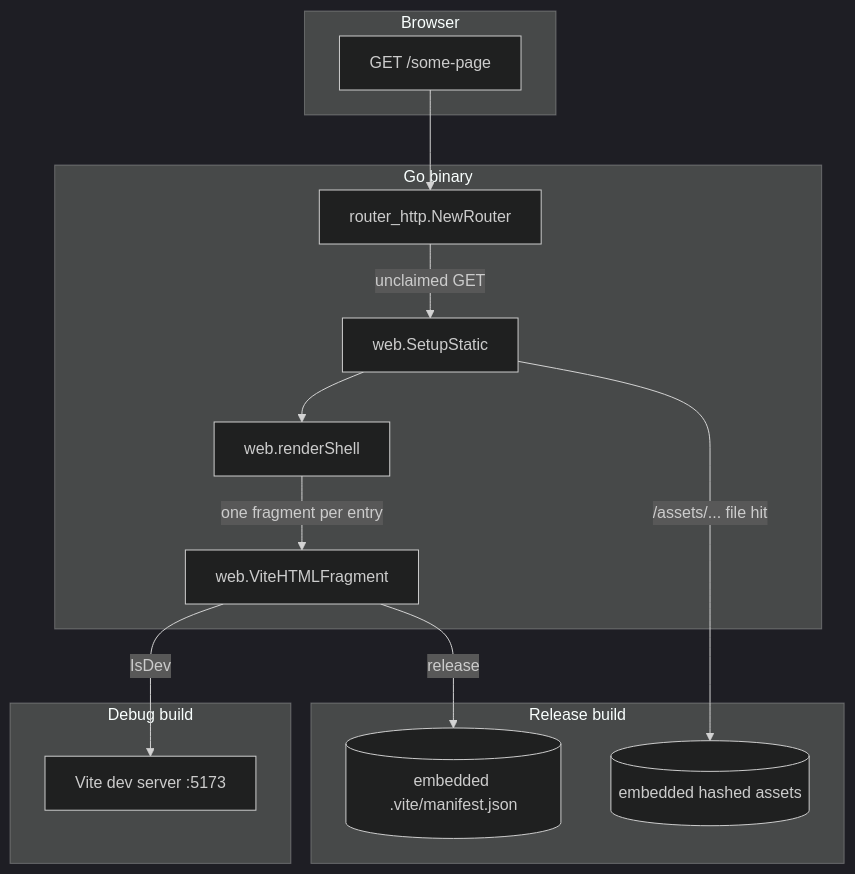
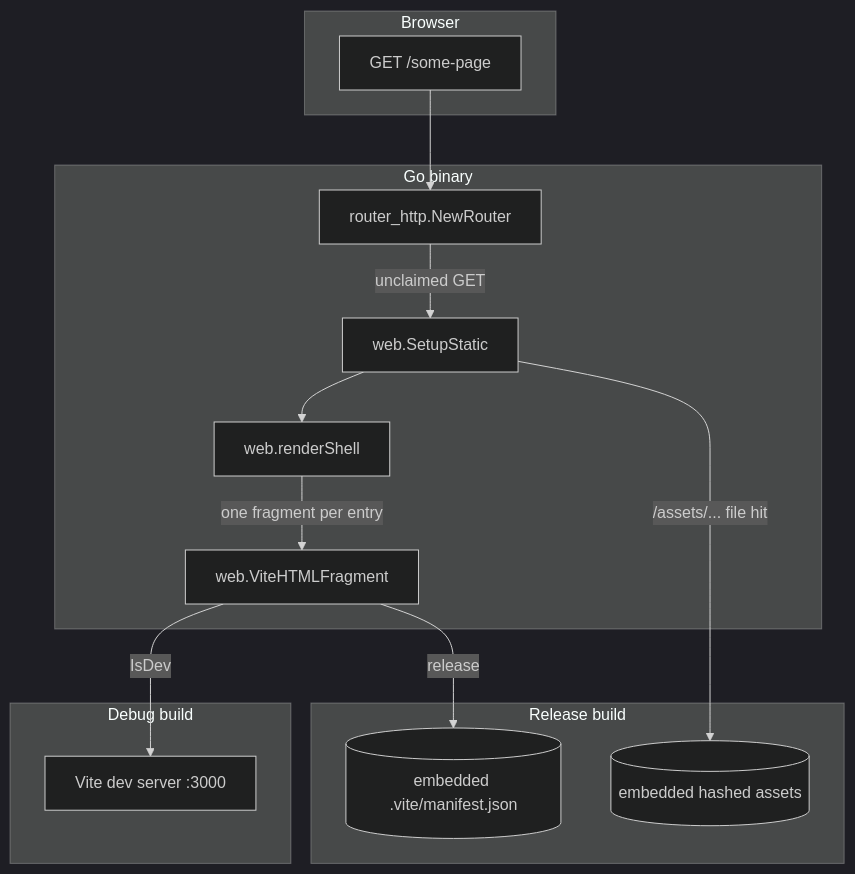
One commit to riipandi/saka changed the diagram in web/README.md. Above: the diagram before and after it, drawn with Mermaid (dark theme). The commit also changed other lines of this file and 6 other files, not shown here.

````diff
--- a/web/README.md
+++ b/web/README.md
@@ -36,30 +36,30 @@
 ```mermaid
 flowchart TB
     subgraph Browser
         B[GET /some-page]
     end
 
     subgraph Go binary
         R[router_http.NewRouter]
         S[web.SetupStatic]
         SH[web.renderShell]
         F[web.ViteHTMLFragment]
     end
 
     subgraph Debug build
-        V[Vite dev server :5173]
+        V[Vite dev server :3000]
     end
 
     subgraph Release build
         M[(embedded .vite/manifest.json)]
         A[(embedded hashed assets)]
     end
 
     B --> R
     R -->|unclaimed GET| S
     S --> SH
     SH -->|one fragment per entry| F
     F -->|IsDev| V
     F -->|release| M
     S -->|/assets/... file hit| A
 ```
````
